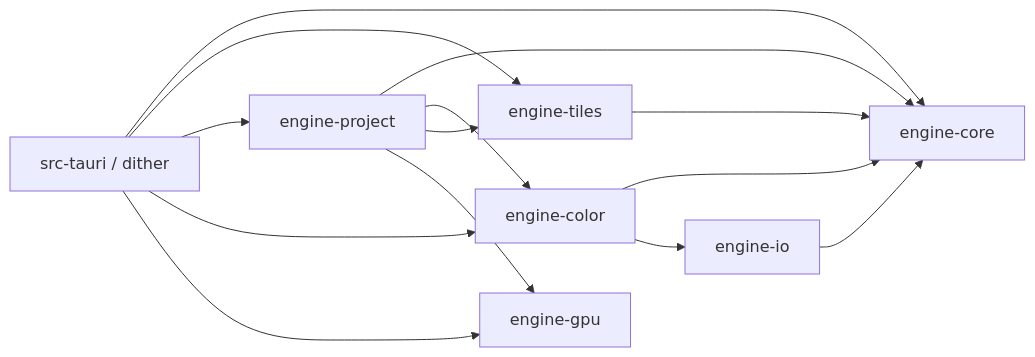
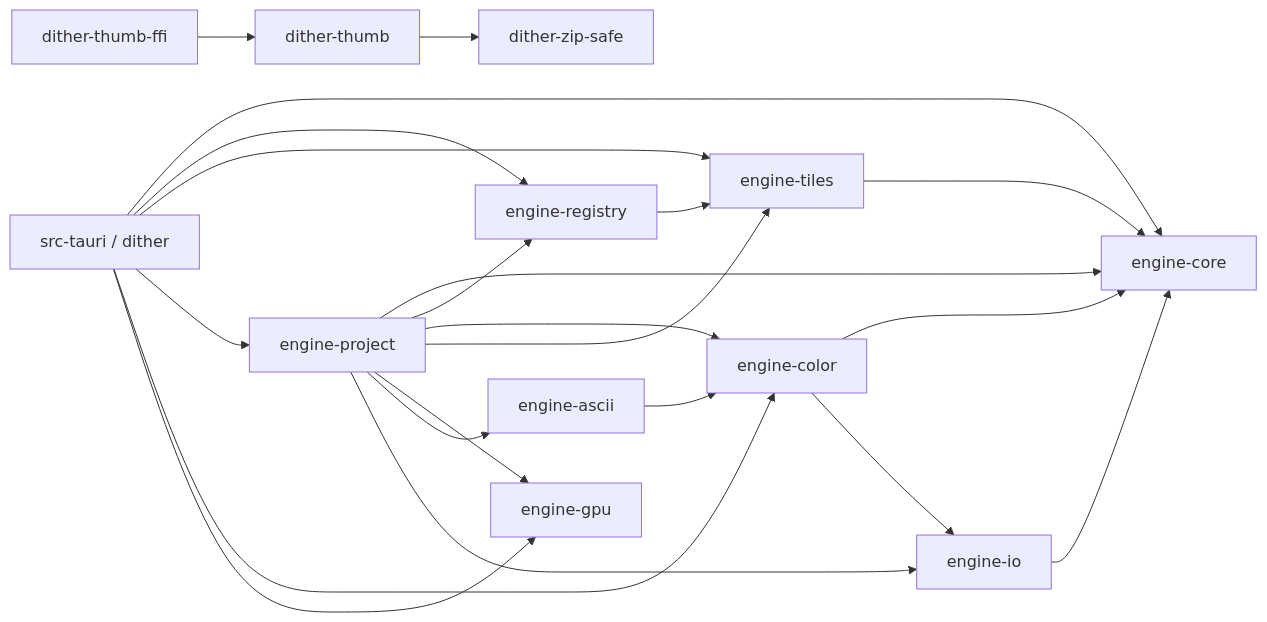
The first of 10 diagrams in docs/architecture.md (edrdavid1/dith-yuki), drawn with Mermaid before and after one commit. The commit also changed other lines of this file and 12 other files, not shown here.

````diff
--- a/docs/architecture.md
+++ b/docs/architecture.md
@@ -117,24 +141,37 @@
 ```mermaid
 graph LR
     EngCore[engine-core]
     EngIO[engine-io]
     EngColor[engine-color]
     EngTiles[engine-tiles]
+    EngRegistry[engine-registry]
+    EngAscii[engine-ascii]
     EngProject[engine-project]
     EngGpu[engine-gpu]
+    ZipSafe[dither-zip-safe]
+    Thumb[dither-thumb]
+    ThumbFfi[dither-thumb-ffi]
     SrcTauri[src-tauri / dither]
 
     EngIO --> EngCore
     EngColor --> EngCore
     EngColor --> EngIO
     EngTiles --> EngCore
+    EngRegistry --> EngTiles
+    EngAscii --> EngColor
     EngProject --> EngCore
+    EngProject --> EngRegistry
     EngProject --> EngColor
     EngProject --> EngTiles
     EngProject --> EngGpu
+    EngProject --> EngAscii
+    EngProject --> EngIO
+    Thumb --> ZipSafe
+    ThumbFfi --> Thumb
     SrcTauri --> EngCore
+    SrcTauri --> EngRegistry
     SrcTauri --> EngTiles
     SrcTauri --> EngProject
     SrcTauri --> EngColor
     SrcTauri --> EngGpu
 ```
````
